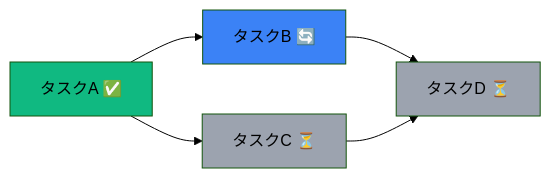
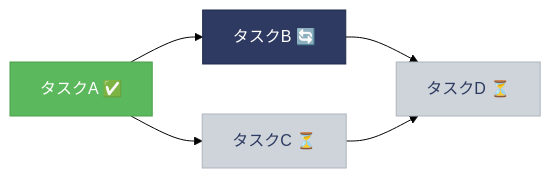
Before and after one commit to footage-inc/claude-skills: the second of 2 diagrams in project-visualizer/SKILL.md, drawn with Mermaid (forest theme). The commit also changed other lines of this file, not shown here.

````diff
--- a/project-visualizer/SKILL.md
+++ b/project-visualizer/SKILL.md
@@ -246,11 +316,11 @@
 ```mermaid
 graph LR
     A[タスクA ✅] --> B[タスクB 🔄]
     A --> C[タスクC ⏳]
     B --> D[タスクD ⏳]
     C --> D
-    style A fill:#10b981
-    style B fill:#3b82f6
-    style C fill:#9ca3af
-    style D fill:#9ca3af
+    style A fill:#5cb85c,stroke:#4a9e4a,color:#fff
+    style B fill:#2e3a61,stroke:#1e2a4a,color:#fff
+    style C fill:#CED4DA,stroke:#adb5bd,color:#2e3a61
+    style D fill:#CED4DA,stroke:#adb5bd,color:#2e3a61
 ```
````
